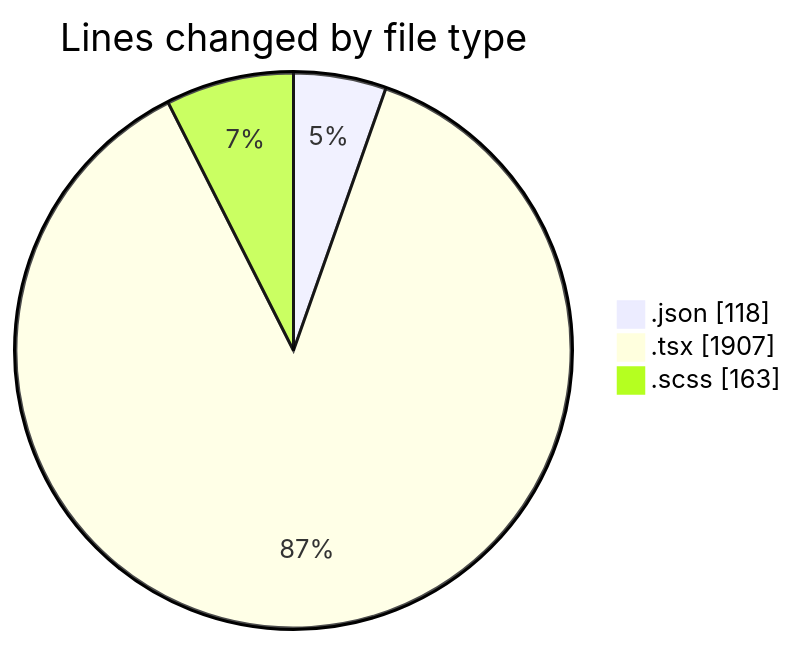
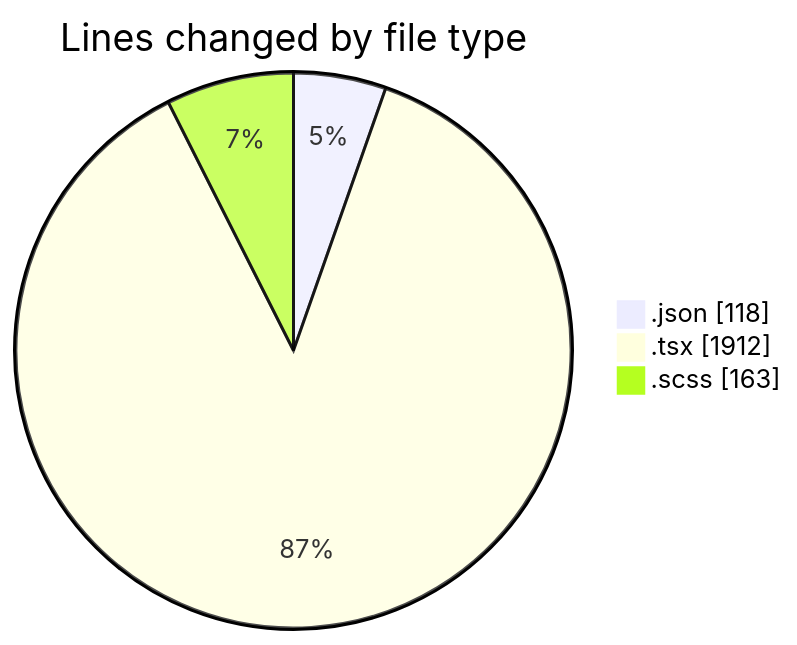
The first of 2 diagrams in 2025-11-19/cda/README.md (momahboobian/code-tracking), drawn with Mermaid before and after one commit. The commit also changed other lines of this file and 1 other file, not shown here.

````diff
--- a/2025-11-19/cda/README.md
+++ b/2025-11-19/cda/README.md
@@ -23,7 +23,7 @@
 ```mermaid
 pie showData
 title Lines changed by file type
 ".json" : 118
-".tsx" : 1907
+".tsx" : 1912
 ".scss" : 163
 ```
````
